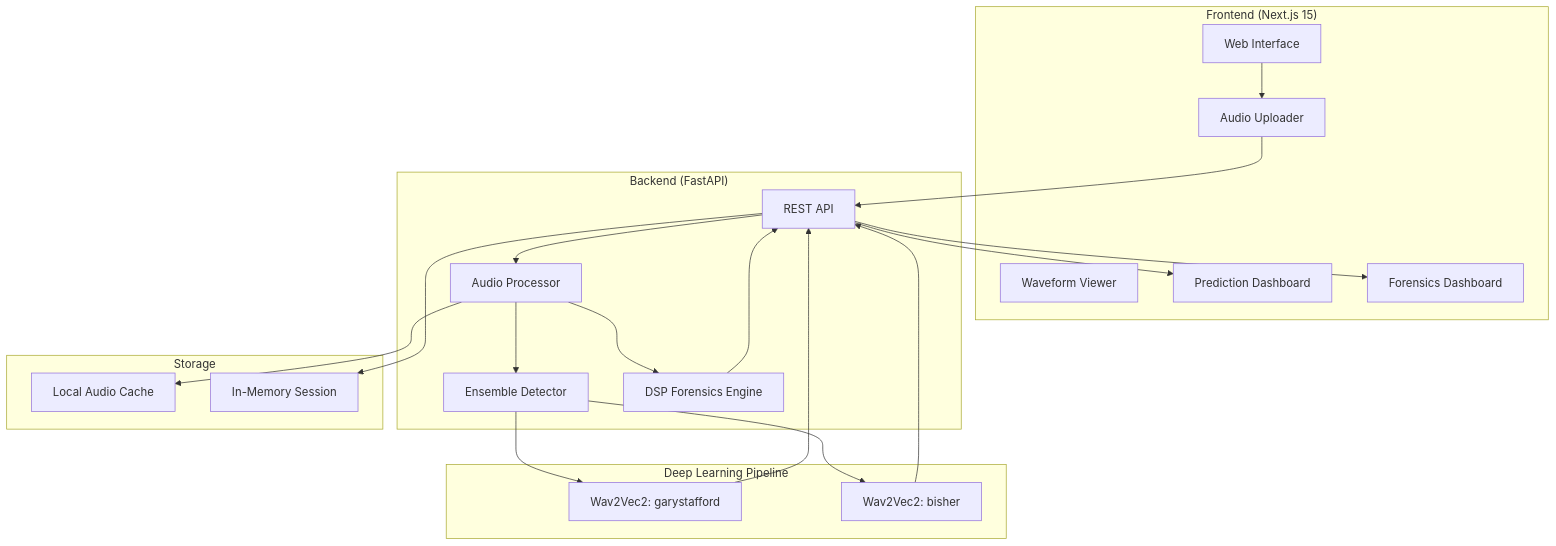
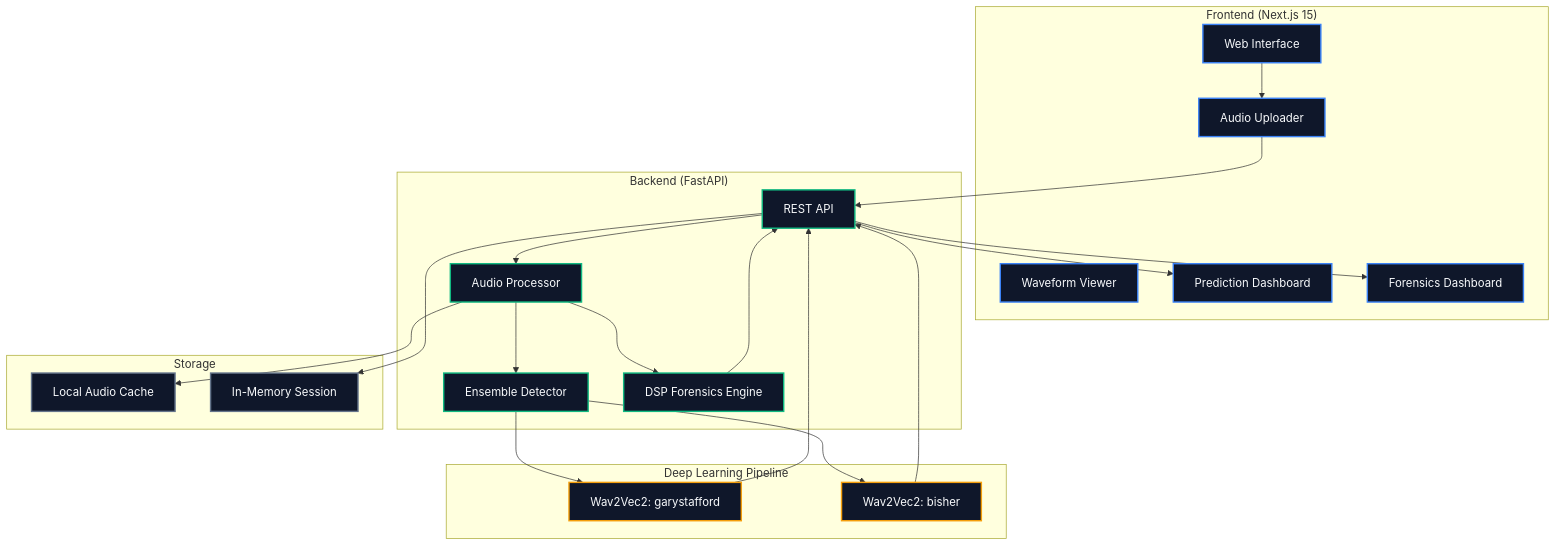
Before and after one commit to DhrumilKhatiwala/EchoGuard: the diagram in README.md, drawn with Mermaid. The commit also changed other lines of this file and 13 other files, not shown here.

Commit message:
enhance frontend UI and backend visuals, update documentation

````diff
--- a/README.md
+++ b/README.md
@@ -50,42 +51,47 @@
 ```mermaid
 graph TB
+    classDef frontend fill:#0f172a,stroke:#3b82f6,stroke-width:2px,color:#f8fafc;
+    classDef backend fill:#0f172a,stroke:#10b981,stroke-width:2px,color:#f8fafc;
+    classDef dl fill:#0f172a,stroke:#f59e0b,stroke-width:2px,color:#f8fafc;
+    classDef storage fill:#0f172a,stroke:#64748b,stroke-width:2px,color:#f8fafc;
+
     subgraph Frontend["Frontend (Next.js 15)"]
-        UI[Web Interface]
-        Upload[Audio Uploader]
-        Viz[Waveform Viewer]
-        Results[Prediction Dashboard]
-        ForensicsUI[Forensics Dashboard]
+        UI[Web Interface]:::frontend
+        Upload[Audio Uploader]:::frontend
+        Viz[Waveform Viewer]:::frontend
+        Results[Prediction Dashboard]:::frontend
+        ForensicsUI[Forensics Dashboard]:::frontend
     end
 
     subgraph Backend["Backend (FastAPI)"]
-        API[REST API]
-        Processor[Audio Processor]
-        Analyzer[Ensemble Detector]
-        Forensics[DSP Forensics Engine]
+        API[REST API]:::backend
+        Processor[Audio Processor]:::backend
+        Analyzer[Ensemble Detector]:::backend
+        Forensics[DSP Forensics Engine]:::backend
     end
 
     subgraph DL["Deep Learning Pipeline"]
-        Model1[Wav2Vec2: garystafford]
-        Model2[Wav2Vec2: bisher]
+        Model1[Wav2Vec2: garystafford]:::dl
+        Model2[Wav2Vec2: bisher]:::dl
     end
 
     subgraph Storage["Storage"]
-        Cache[Local Audio Cache]
-        History[In-Memory Session]
+        Cache[Local Audio Cache]:::storage
+        History[In-Memory Session]:::storage
     end
 
     UI --> Upload
     Upload --> API
     API --> Processor
     Processor --> Analyzer
     Processor --> Forensics
     Analyzer --> Model1
     Analyzer --> Model2
     Model1 --> API
     Model2 --> API
     Forensics --> API
     API --> History
     Processor --> Cache
     API --> Results
     API --> ForensicsUI
 ```
````
